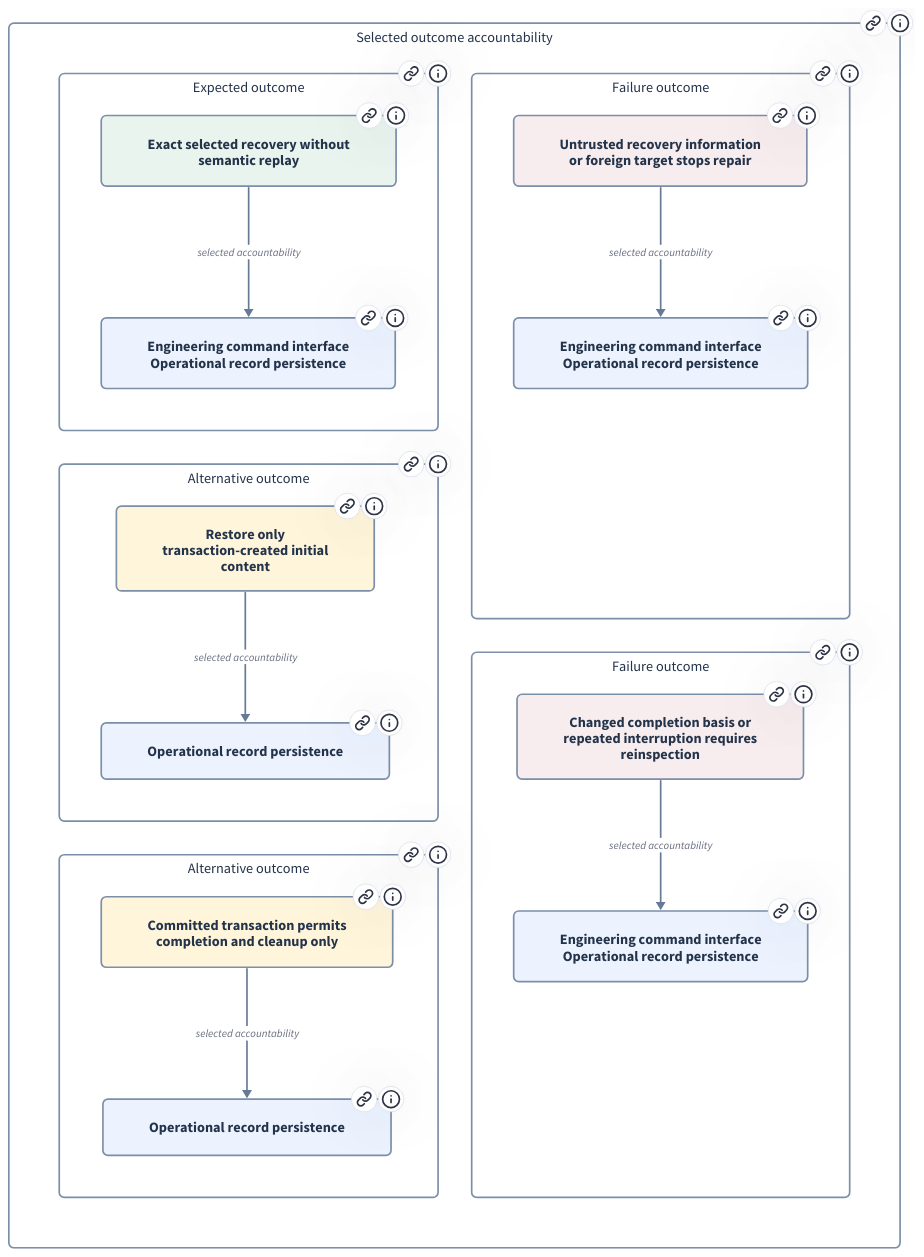
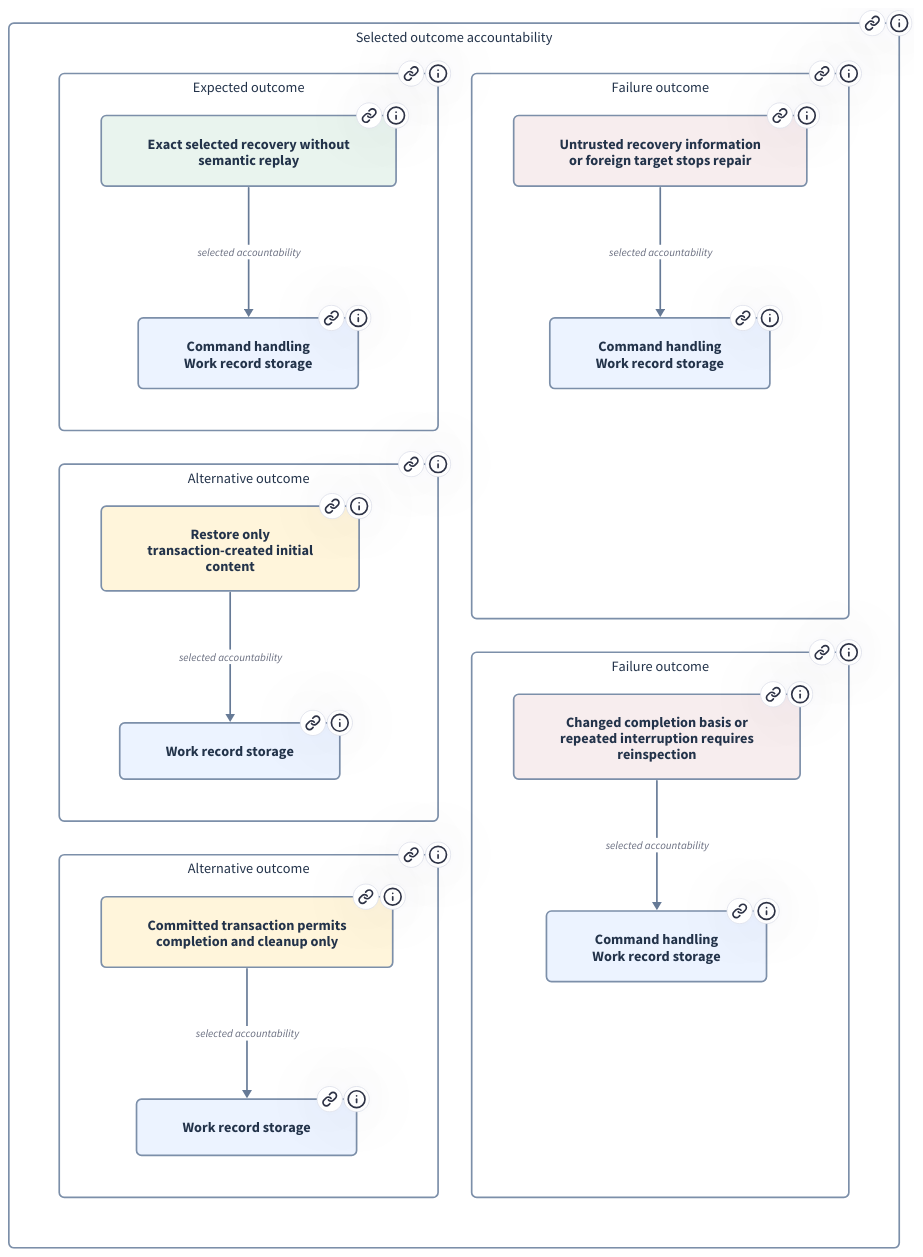
Before and after one commit to xiongxianfei/rigorloop: the diagram in design/architecture/views/browser/diagrams/scenario-SCN-047.d2, drawn with D2. The commit also changed 378 other files, not shown here.

First line of the commit message:
Refine engineering design and architecture browser

```diff
--- a/design/architecture/views/browser/diagrams/scenario-SCN-047.d2
+++ b/design/architecture/views/browser/diagrams/scenario-SCN-047.d2
@@ -1,175 +1,175 @@
 # Generated from canonical REM records; do not edit.
-# Source identity: 2cf8f01cf8087e0b226dbd431d6452970b13954a16b84408d91173987708417e
+# Source identity: 3b423207b261cd33066f4517d60da462b029232e9d9a626120e9b455a4b27e5a
 # Each outcome opens its exact selected obligations and accountable responsibilities. The arrows summarize this reading selection, not execution order, causal flow, complete coverage or satisfaction. Broader Scenario traceability remains in the detail.
 vars: {d2-config: {layout-engine: elk}}
 direction: down
 outcomes: "Selected outcome accountability" {
   link: "#scenario/SCN-047"
   tooltip: "Selected outcome accountability"
   style.fill: "#FFFFFF"
   style.stroke: "#7C8FA9"
   style.font-color: "#23334A"
   style.font-size: 17
   style.border-radius: 6
   grid-columns: 2
   o0: "Expected outcome" {
     link: "#scenario/SCN-047/outcome/expected"
     tooltip: "Expected outcome"
     style.fill: "#FFFFFF"
     style.stroke: "#7C8FA9"
     style.font-color: "#23334A"
     style.font-size: 17
     style.border-radius: 6
     outcome: "Exact selected recovery without\nsemantic replay" {
       link: "#scenario/SCN-047/outcome/expected"
       tooltip: "The selected exact recovery outcome is established and attributable, without replaying semantic operations against newer content or rolling back acknowledged success."
       style.fill: "#E9F4EE"
       style.stroke: "#7C8FA9"
       style.font-color: "#23334A"
       style.font-size: 17
       style.border-radius: 6
     }
-    accountability: "Engineering command interface\nOperational record persistence" {
+    accountability: "Command handling\nWork record storage" {
       link: "#scenario/SCN-047/outcome/expected"
       tooltip: "Selected allocated-obligation owners: MOD-010, MOD-011"
       style.fill: "#ECF3FF"
       style.stroke: "#7C8FA9"
       style.font-color: "#23334A"
       style.font-size: 17
       style.border-radius: 6
     }
     outcome -> accountability: "selected accountability" {
       style.stroke: "#667A96"
       style.fill: "#FFFFFF"
       style.font-size: 13
     }
   }
   o1: "Alternative outcome" {
     link: "#scenario/SCN-047/outcome/alternative-0"
     tooltip: "Alternative outcome"
     style.fill: "#FFFFFF"
     style.stroke: "#7C8FA9"
     style.font-color: "#23334A"
     style.font-size: 17
     style.border-radius: 6
     outcome: "Restore only\ntransaction-created initial\ncontent" {
       link: "#scenario/SCN-047/outcome/alternative-0"
       tooltip: "Only transaction-created content and empty created directories are removed; preexisting or externally added content remains."
       style.fill: "#FFF5DB"
       style.stroke: "#7C8FA9"
       style.font-color: "#23334A"
       style.font-size: 17
       style.border-radius: 6
     }
-    accountability: "Operational record persistence" {
+    accountability: "Work record storage" {
       link: "#scenario/SCN-047/outcome/alternative-0"
       tooltip: "Selected allocated-obligation owners: MOD-011"
       style.fill: "#ECF3FF"
       style.stroke: "#7C8FA9"
       style.font-color: "#23334A"
       style.font-size: 17
       style.border-radius: 6
     }
     outcome -> accountability: "selected accountability" {
       style.stroke: "#667A96"
       style.fill: "#FFFFFF"
       style.font-size: 13
     }
   }
   o2: "Alternative outcome" {
     link: "#scenario/SCN-047/outcome/alternative-1"
     tooltip: "Alternative outcome"
     style.fill: "#FFFFFF"
     style.stroke: "#7C8FA9"
     style.font-color: "#23334A"
     style.font-size: 17
     style.border-radius: 6
     outcome: "Committed transaction permits\ncompletion and cleanup only" {
       link: "#scenario/SCN-047/outcome/alternative-1"
       tooltip: "Only supported completion/cleanup is available; saved success is not rolled back."
       style.fill: "#FFF5DB"
       style.stroke: "#7C8FA9"
       style.font-color: "#23334A"
       style.font-size: 17
       style.border-radius: 6
     }
-    accountability: "Operational record persistence" {
+    accountability: "Work record storage" {
       link: "#scenario/SCN-047/outcome/alternative-1"
       tooltip: "Selected allocated-obligation owners: MOD-011"
       style.fill: "#ECF3FF"
       style.stroke: "#7C8FA9"
       style.font-color: "#23334A"
       style.font-size: 17
       style.border-radius: 6
     }
     outcome -> accountability: "selected accountability" {
       style.stroke: "#667A96"
       style.fill: "#FFFFFF"
       style.font-size: 13
     }
   }
   o3: "Failure outcome" {
     link: "#scenario/SCN-047/outcome/failure-0"
     tooltip: "Failure outcome"
     style.fill: "#FFFFFF"
     style.stroke: "#7C8FA9"
     style.font-color: "#23334A"
     style.font-size: 17
     style.border-radius: 6
     outcome: "Untrusted recovery information\nor foreign target stops repair" {
       link: "#scenario/SCN-047/outcome/failure-0"
       tooltip: "The system stops without guessed repair, conversion, or overwrite of the foreign state."
       style.fill: "#F7EDEE"
       style.stroke: "#7C8FA9"
       style.font-color: "#23334A"
       style.font-size: 17
       style.border-radius: 6
     }
-    accountability: "Engineering command interface\nOperational record persistence" {
+    accountability: "Command handling\nWork record storage" {
       link: "#scenario/SCN-047/outcome/failure-0"
       tooltip: "Selected allocated-obligation owners: MOD-010, MOD-011"
       style.fill: "#ECF3FF"
       style.stroke: "#7C8FA9"
       style.font-color: "#23334A"
       style.font-size: 17
       style.border-radius: 6
     }
     outcome -> accountability: "selected accountability" {
       style.stroke: "#667A96"
       style.fill: "#FFFFFF"
       style.font-size: 13
     }
   }
   o4: "Failure outcome" {
     link: "#scenario/SCN-047/outcome/failure-1"
     tooltip: "Failure outcome"
     style.fill: "#FFFFFF"
     style.stroke: "#7C8FA9"
     style.font-color: "#23334A"
     style.font-size: 17
     style.border-radius: 6
     outcome: "Changed completion basis or\nrepeated interruption requires\nreinspection" {
       link: "#scenario/SCN-047/outcome/failure-1"
       tooltip: "The system reports the bounded stop or remaining recovery state and permits an explicit later attempt with refreshed recovery identity."
       style.fill: "#F7EDEE"
       style.stroke: "#7C8FA9"
       style.font-color: "#23334A"
       style.font-size: 17
       style.border-radius: 6
     }
-    accountability: "Engineering command interface\nOperational record persistence" {
+    accountability: "Command handling\nWork record storage" {
       link: "#scenario/SCN-047/outcome/failure-1"
       tooltip: "Selected allocated-obligation owners: MOD-010, MOD-011"
       style.fill: "#ECF3FF"
       style.stroke: "#7C8FA9"
       style.font-color: "#23334A"
       style.font-size: 17
       style.border-radius: 6
     }
     outcome -> accountability: "selected accountability" {
       style.stroke: "#667A96"
       style.fill: "#FFFFFF"
       style.font-size: 13
     }
   }
 }
```
